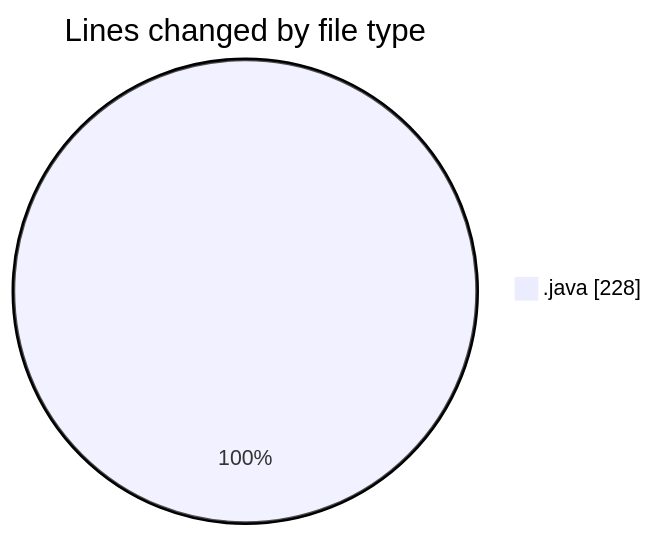
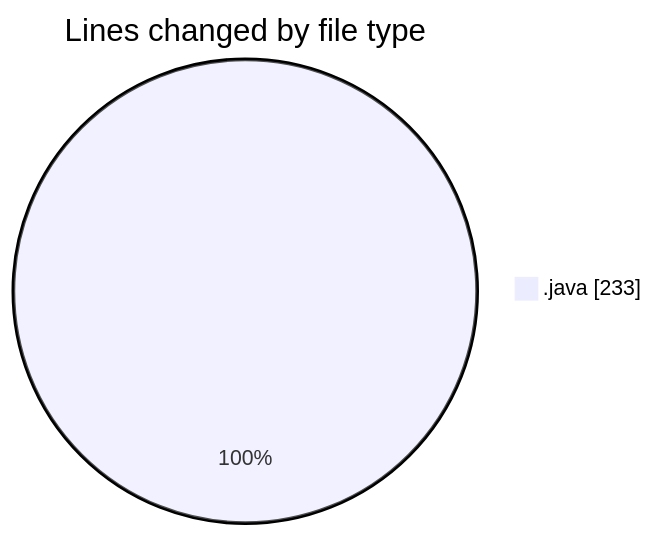
Before and after one commit to NitaiMahat/code-tracking: the first of 2 diagrams in 2025-02-24/startfiles/README.md, drawn with Mermaid. The commit also changed other lines of this file and 1 other file, not shown here.

````diff
--- a/2025-02-24/startfiles/README.md
+++ b/2025-02-24/startfiles/README.md
@@ -21,5 +21,5 @@
 ```mermaid
 pie showData
 title Lines changed by file type
-".java" : 228
+".java" : 233
 ```
````
